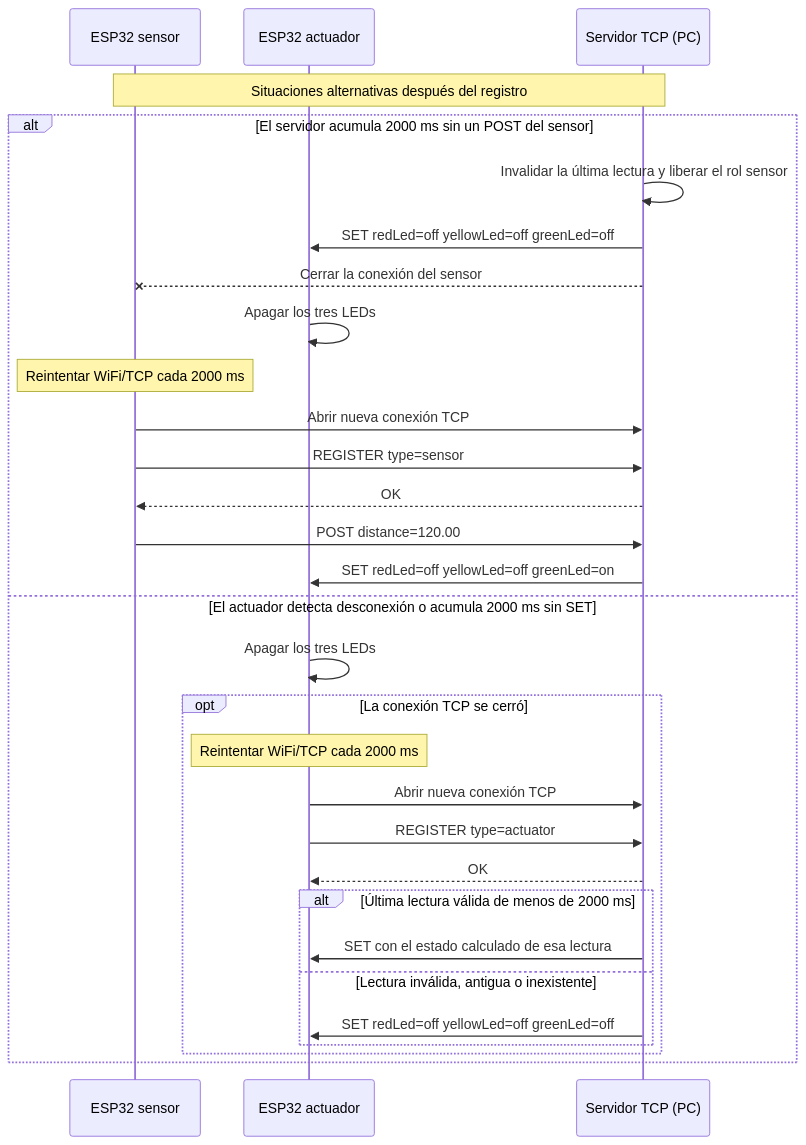
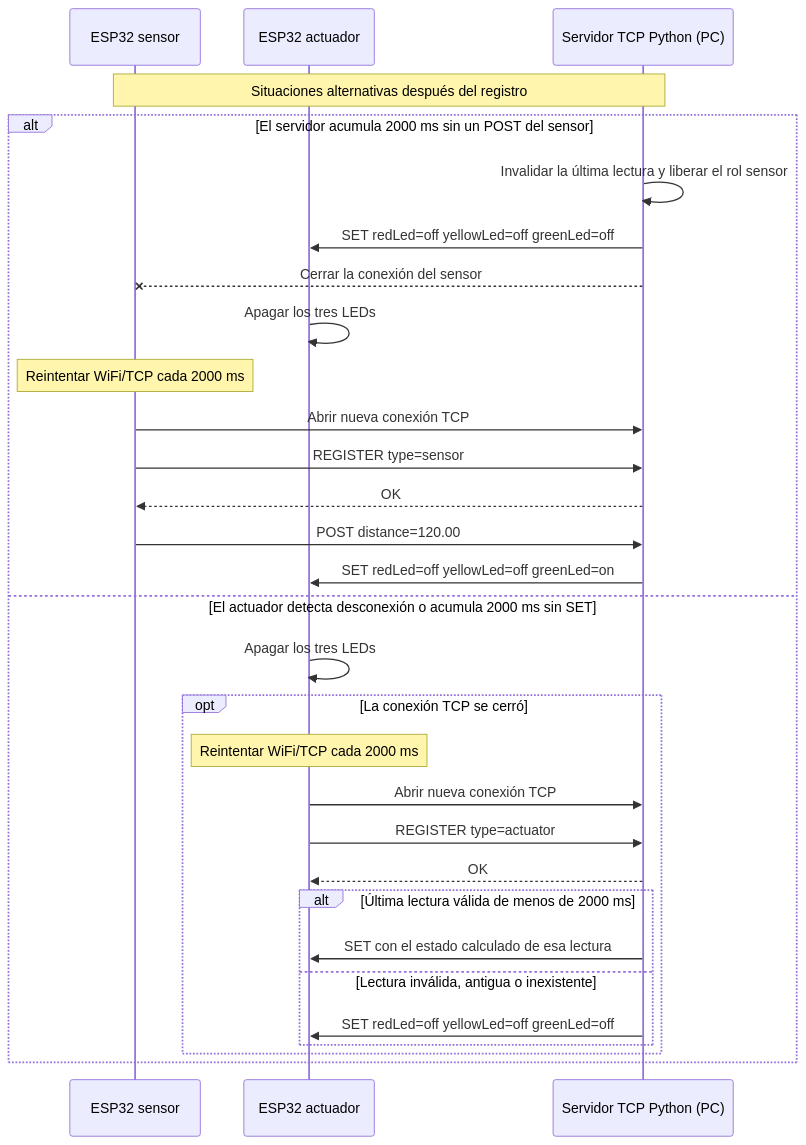
Before and after one commit to JustAdrianMercado/Integracion-de-Objetos-Inteligentes-con-TCP-IP: the fifth of 5 diagrams in INFORME.md, drawn with Mermaid. The commit also changed other lines of this file, not shown here.

Commit message:
docs: actualizar clases y secuencias de P2 según la implementación Python/C++

````diff
--- a/INFORME.md
+++ b/INFORME.md
@@ -398,33 +538,33 @@
 ```mermaid
 sequenceDiagram
     participant S as ESP32 sensor
     participant A as ESP32 actuador
-    participant PC as Servidor TCP (PC)
+    participant PC as Servidor TCP Python (PC)
 
     Note over S,PC: Situaciones alternativas después del registro
     alt El servidor acumula 2000 ms sin un POST del sensor
         PC->>PC: Invalidar la última lectura y liberar el rol sensor
         PC->>A: SET redLed=off yellowLed=off greenLed=off
         PC--xS: Cerrar la conexión del sensor
         A->>A: Apagar los tres LEDs
         Note over S: Reintentar WiFi/TCP cada 2000 ms
         S->>PC: Abrir nueva conexión TCP
         S->>PC: REGISTER type=sensor
         PC-->>S: OK
         S->>PC: POST distance=120.00
         PC->>A: SET redLed=off yellowLed=off greenLed=on
     else El actuador detecta desconexión o acumula 2000 ms sin SET
         A->>A: Apagar los tres LEDs
         opt La conexión TCP se cerró
             Note over A: Reintentar WiFi/TCP cada 2000 ms
             A->>PC: Abrir nueva conexión TCP
             A->>PC: REGISTER type=actuator
             PC-->>A: OK
             alt Última lectura válida de menos de 2000 ms
                 PC->>A: SET con el estado calculado de esa lectura
             else Lectura inválida, antigua o inexistente
                 PC->>A: SET redLed=off yellowLed=off greenLed=off
             end
         end
     end
 ```
````
